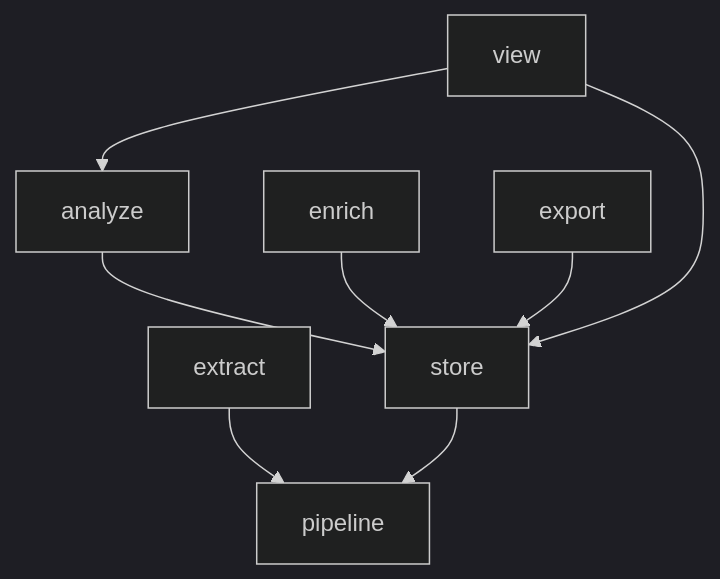
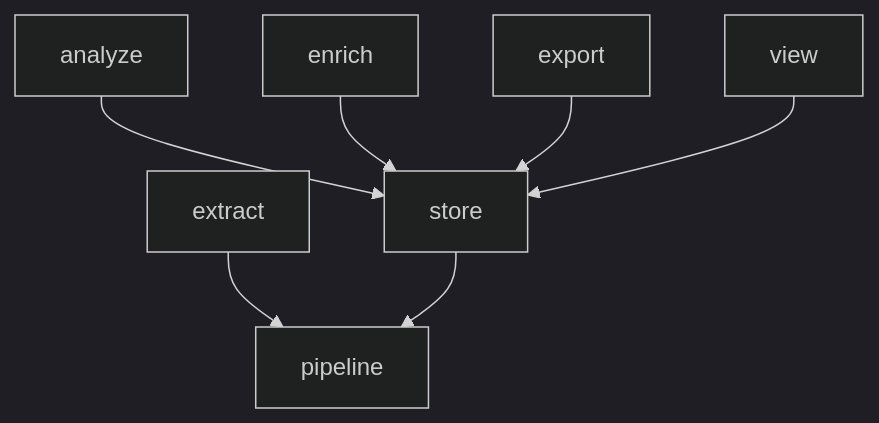
The diagram in docs/layering.md (nathanielobrown/hyphae), drawn with Mermaid (dark theme) before and after one commit. The commit also changed 19 other files, not shown here.

````diff
--- a/docs/layering.md
+++ b/docs/layering.md
@@ -20,10 +20,9 @@
 ```mermaid
 graph TD
   analyze --> store
   enrich --> store
   export --> store
   extract --> pipeline
   store --> pipeline
-  view --> analyze
   view --> store
 ```
````
